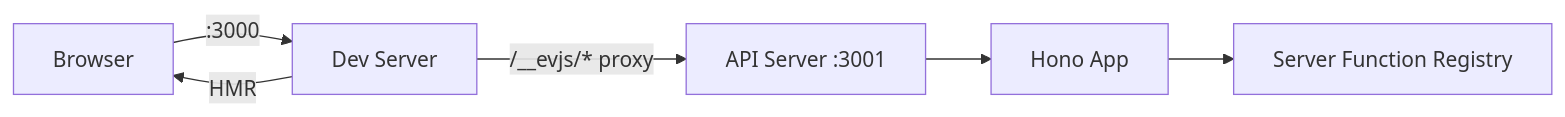
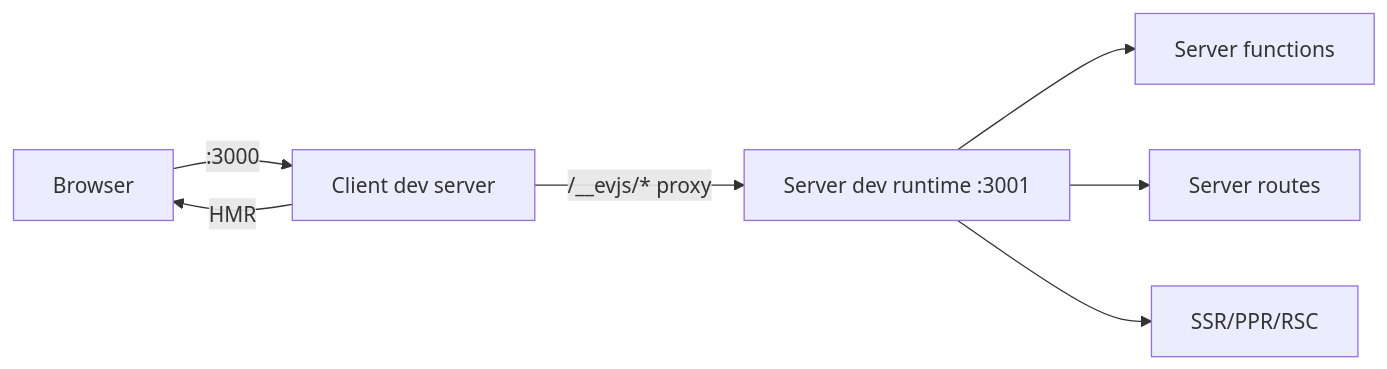
The diagram in docs/docs/dev.md (binhanchen25-arch/evjs), drawn with Mermaid before and after one commit. The commit also changed other lines of this file and 35 other files, not shown here.

````diff
--- a/docs/docs/dev.md
+++ b/docs/docs/dev.md
@@ -28,8 +30,9 @@
 ```mermaid
 flowchart LR
-    Browser -->|":3000"| DEV["Dev Server"]
-    DEV -->|"HMR"| Browser
-    DEV -->|"/__evjs/* proxy"| API["API Server :3001"]
-    API --> Hono["Hono App"]
-    Hono --> Registry["Server Function Registry"]
+    Browser -->|":3000"| Client["Client dev server"]
+    Client -->|"HMR"| Browser
+    Client -->|"/__evjs/* proxy"| Server["Server dev runtime :3001"]
+    Server --> Functions["Server functions"]
+    Server --> Routes["Server routes"]
+    Server --> Rendering["SSR/PPR/RSC"]
 ```
````
